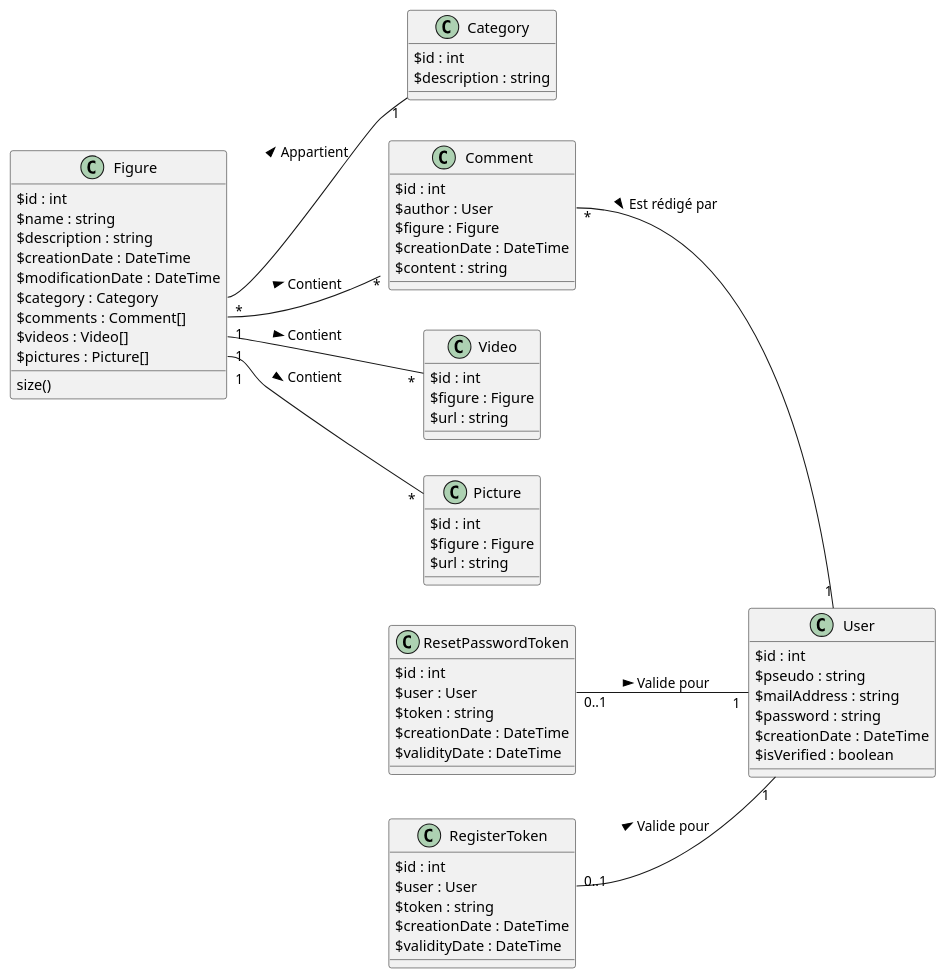
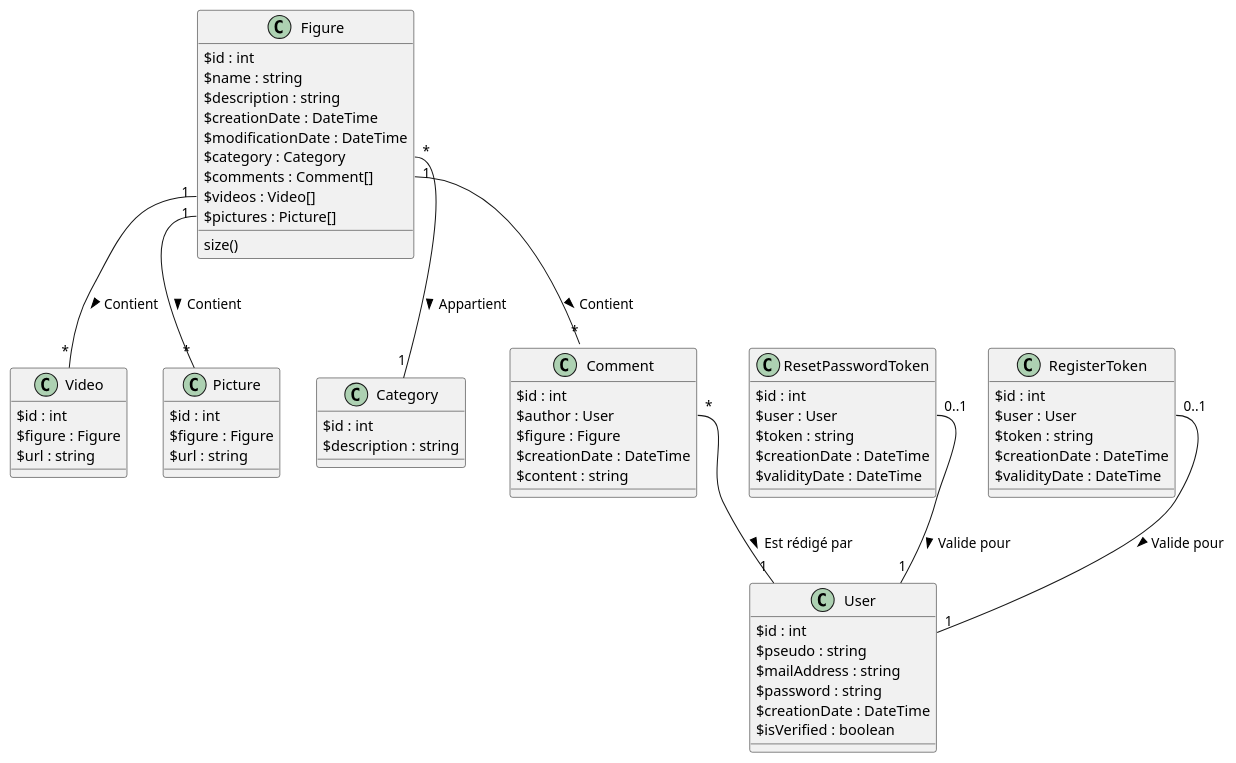
One commit to Xwyk/SnowTricks changed the diagram in diagrams/model.puml. Above: the diagram before and after it, drawn with PlantUML.

Commit message:
diag updateé

```diff
--- a/diagrams/model.puml
+++ b/diagrams/model.puml
@@ -1,86 +1,86 @@
 @startuml
 'https://plantuml.com/class-diagram
-left to right direction
+'left to right direction
 
 class Figure
 class Video
 class Picture
 class Category
 class Comment
 class User
 class ResetPasswordToken
 class RegisterToken
 Figure::$videos "1" -- "*" Video : Contient >
 Figure::$pictures "1" -- "*" Picture : Contient >
 Figure::$category "*" -- "1" Category : Appartient >
 Figure::$comments "1" -- "*" Comment : Contient >
 Comment::$author "*" -- "1" User : Est rédigé par >
 ResetPasswordToken::$user "0..1" -- "1" User : Valide pour >
 RegisterToken::$user "0..1" -- "1" User : Valide pour >
 
 
 class Figure {
     $id : int
     $name : string
     $description : string
     $creationDate : DateTime
     $modificationDate : DateTime
     $category : Category
     $comments : Comment[]
     $videos : Video[]
     $pictures : Picture[]
     size()
 }
 
 class Category {
     $id : int
     $description : string
 }
 
 class Video {
     $id : int
     $figure : Figure
     $url : string
 }
 
 class Picture {
     $id : int
     $figure : Figure
     $url : string
 }
 
 class User {
     $id : int
     $pseudo : string
     $mailAddress : string
     $password : string
     $creationDate : DateTime
     $isVerified : boolean
 }
 
 
 class ResetPasswordToken {
     $id : int
     $user : User
     $token : string
     $creationDate : DateTime
     $validityDate : DateTime
 }
 
 class RegisterToken {
     $id : int
     $user : User
     $token : string
     $creationDate : DateTime
     $validityDate : DateTime
 }
 
 class Comment {
     $id : int
     $author : User
     $figure : Figure
     $creationDate : DateTime
     $content : string
 }
 
 @enduml
```
